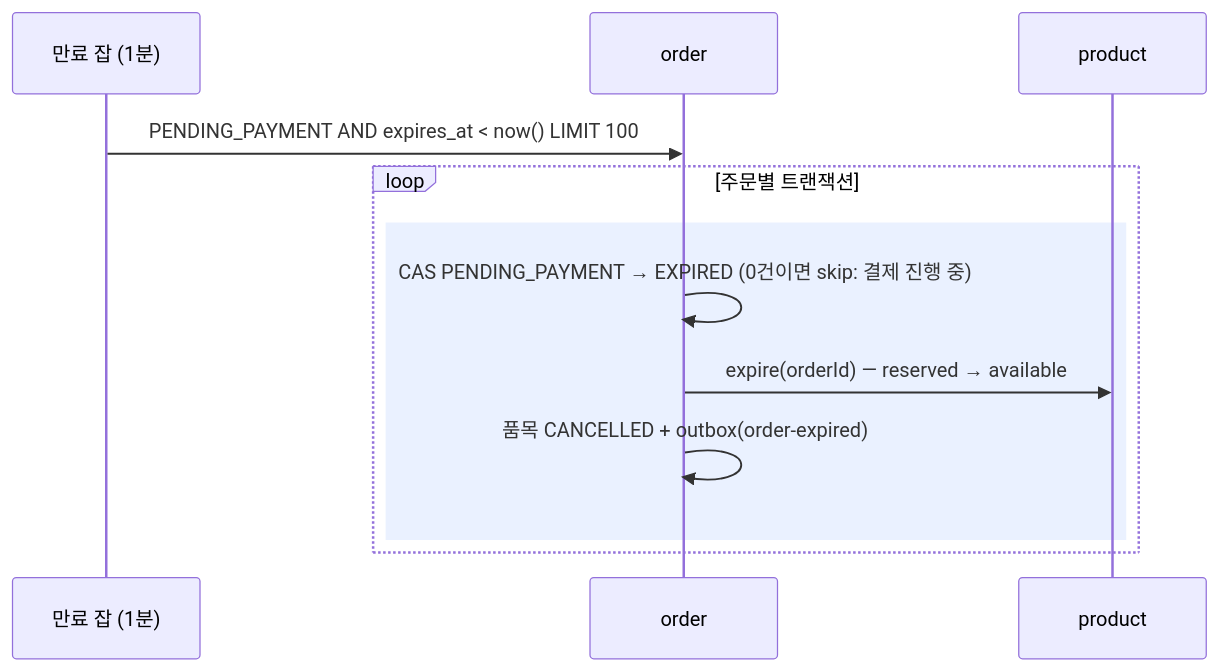
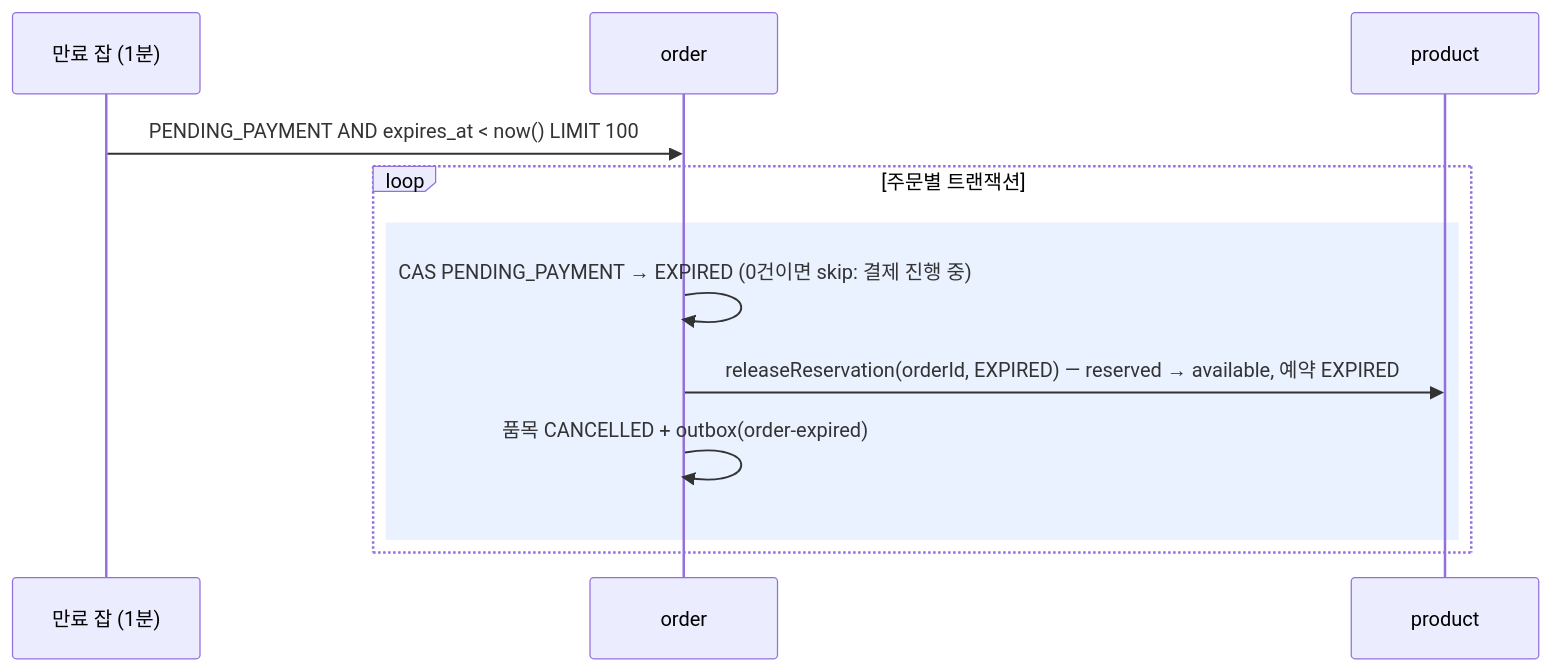
Before and after one commit to 95twan/myroutine-v2: the fourth of 10 diagrams in docs/02-design/06-sequences.md, drawn with Mermaid. The commit also changed other lines of this file and 20 other files, not shown here.

````diff
--- a/docs/02-design/06-sequences.md
+++ b/docs/02-design/06-sequences.md
@@ -102,14 +105,14 @@
 ```mermaid
 sequenceDiagram
   participant J as 만료 잡 (1분)
   participant O as order
   participant PR as product
   J->>O: PENDING_PAYMENT AND expires_at < now() LIMIT 100
   loop 주문별 트랜잭션
     rect rgba(80,140,255,0.12)
       O->>O: CAS PENDING_PAYMENT → EXPIRED (0건이면 skip: 결제 진행 중)
-      O->>PR: expire(orderId) — reserved → available
+      O->>PR: releaseReservation(orderId, EXPIRED) — reserved → available, 예약 EXPIRED
       O->>O: 품목 CANCELLED + outbox(order-expired)
     end
   end
 ```
````
